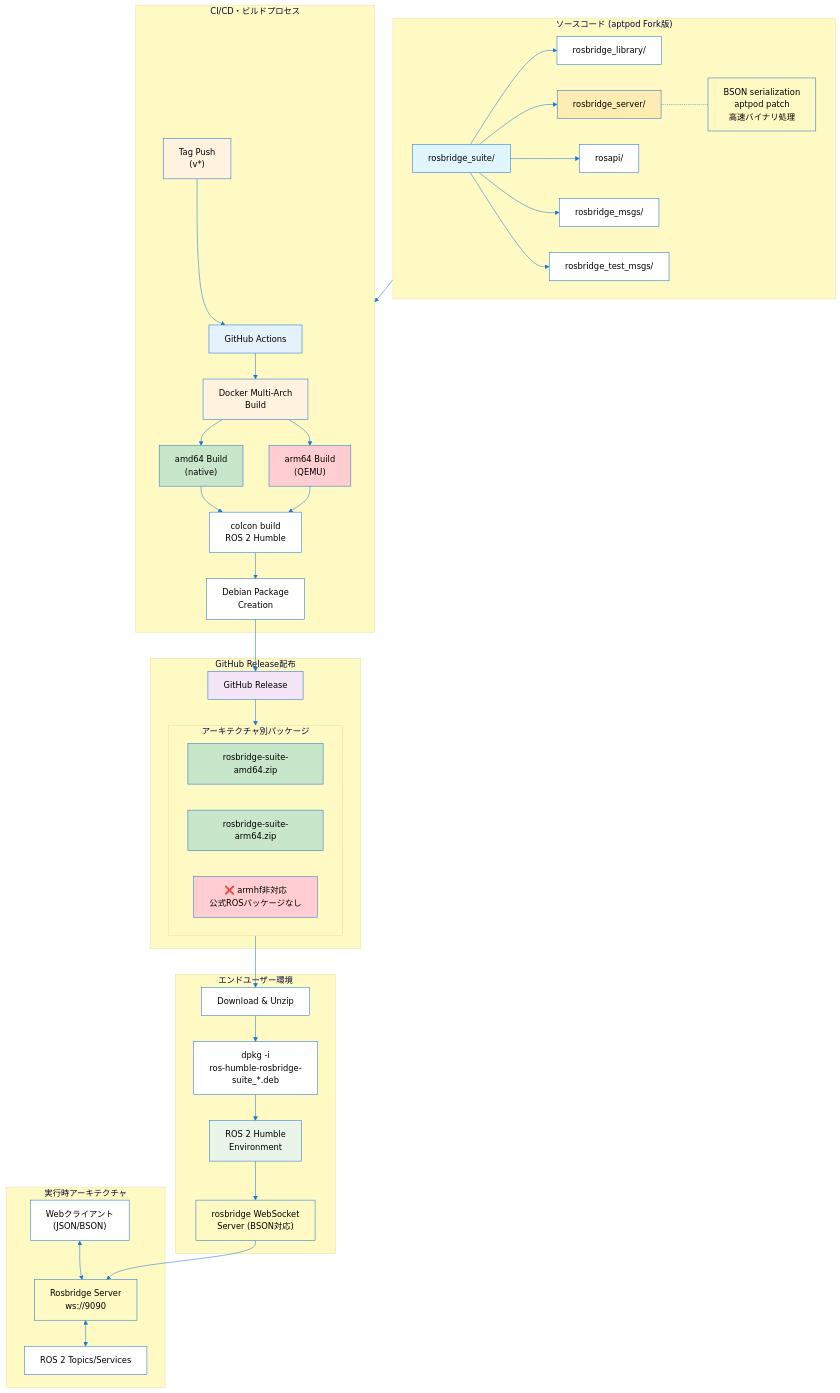
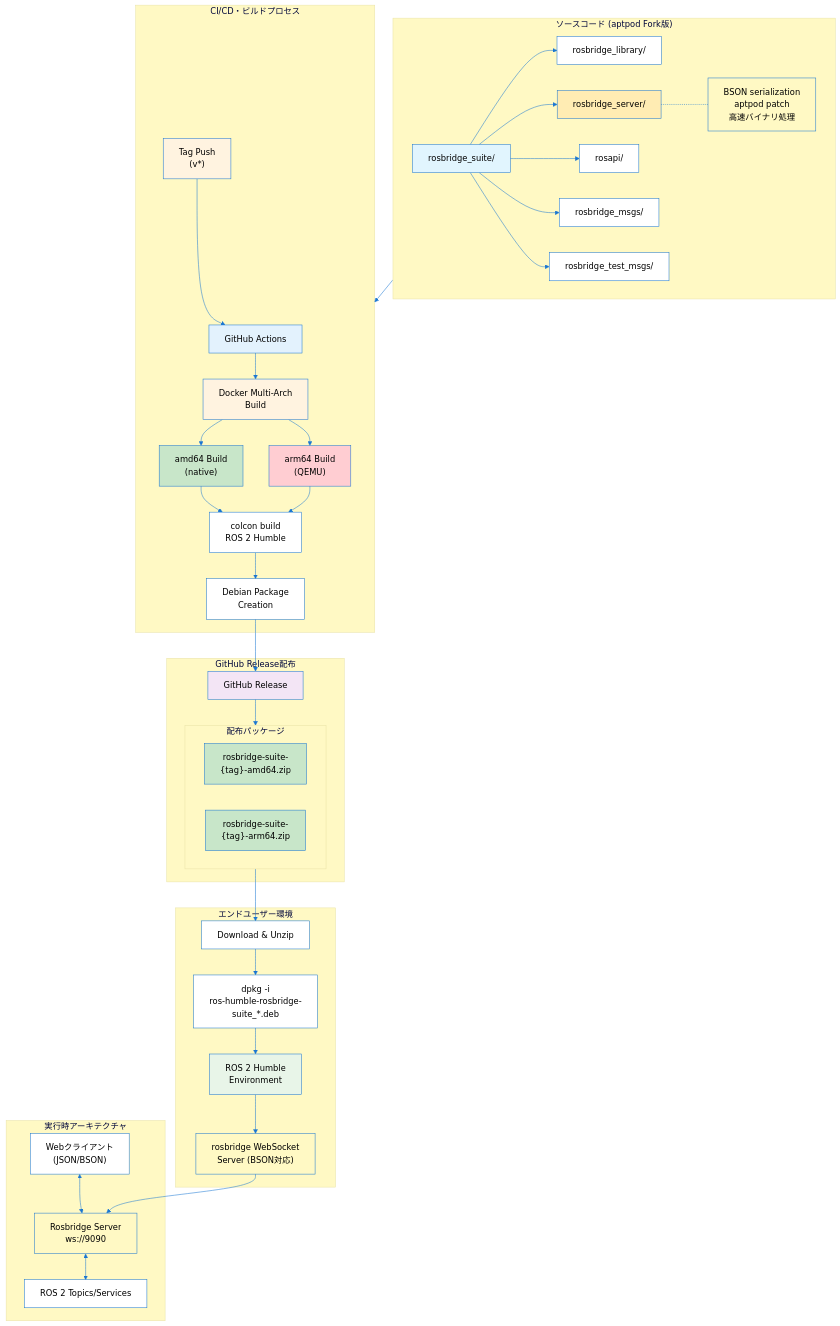
The diagram in FORK_TECHNICAL.md (aptpod/rosbridge_suite), drawn with Mermaid before and after one commit. The commit also changed other lines of this file and 1 other file, not shown here.

````diff
--- a/FORK_TECHNICAL.md
+++ b/FORK_TECHNICAL.md
@@ -362,10 +332,9 @@
     subgraph output ["GitHub Release配布"]
         GR["GitHub Release"]
         
-        subgraph debs ["アーキテクチャ別パッケージ"]
-            L1["rosbridge-suite-amd64.zip"]
-            L2["rosbridge-suite-arm64.zip"]
-            NOARMHF["❌ armhf非対応<br/>公式ROSパッケージなし"]
+        subgraph debs ["配布パッケージ"]
+            L1["rosbridge-suite-<br/>{tag}-amd64.zip"]
+            L2["rosbridge-suite-<br/>{tag}-arm64.zip"]
         end
         
         GR --> debs
@@ -420,6 +389,5 @@
     class I1,L1,L2 buildNative
     class I2 buildArm
     class GR release
-    class NOARMHF unsupported
     class R ros
 ```
````
